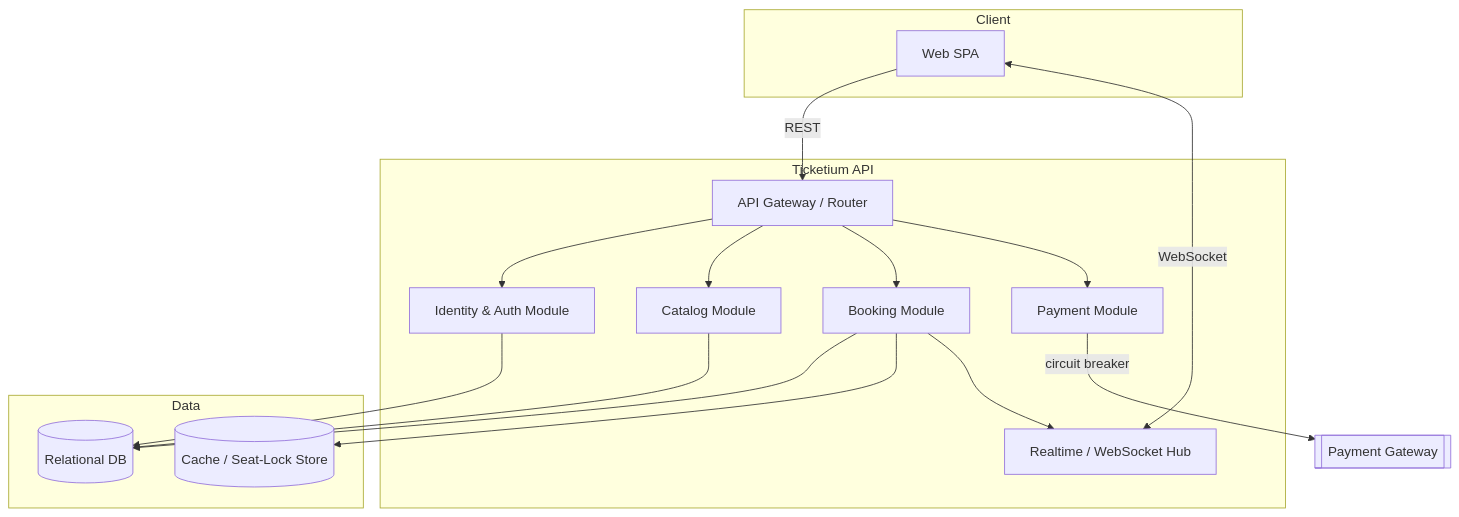
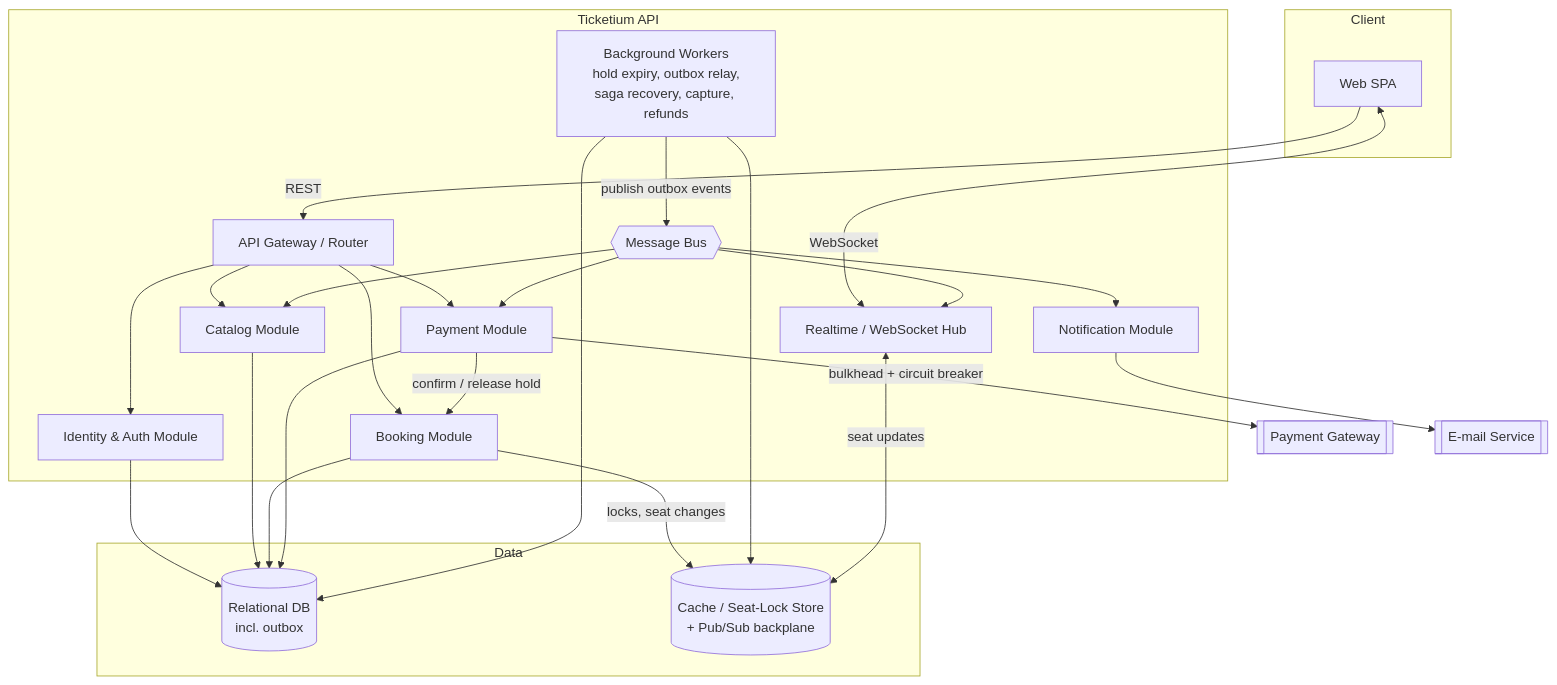
Before and after one commit to hrytsykvl/Ticketium: the second of 4 diagrams in docs/ARCHITECTURE.md, drawn with Mermaid. The commit also changed other lines of this file and 6 other files, not shown here.

````diff
--- a/docs/ARCHITECTURE.md
+++ b/docs/ARCHITECTURE.md
@@ -39,36 +45,51 @@
 ```mermaid
 graph TD
     subgraph Client
         SPA[Web SPA]
     end
 
     subgraph Backend[Ticketium API]
         Gateway2[API Gateway / Router]
         Auth[Identity &amp; Auth Module]
         Catalog[Catalog Module]
         Booking[Booking Module]
         Payment[Payment Module]
+        Notify[Notification Module]
         RT[Realtime / WebSocket Hub]
+        Workers[Background Workers<br/>hold expiry, outbox relay,<br/>saga recovery, capture, refunds]
+        Bus{{Message Bus}}
     end
 
     subgraph Data
-        DB[(Relational DB)]
-        Cache[(Cache / Seat-Lock Store)]
+        DB[(Relational DB<br/>incl. outbox)]
+        Cache[(Cache / Seat-Lock Store<br/>+ Pub/Sub backplane)]
     end
 
     PG[[Payment Gateway]]
+    Mail[[E-mail Service]]
 
     SPA -->|REST| Gateway2
     SPA <-->|WebSocket| RT
     Gateway2 --> Auth
     Gateway2 --> Catalog
     Gateway2 --> Booking
     Gateway2 --> Payment
 
     Auth --> DB
     Catalog --> DB
     Booking --> DB
-    Booking --> Cache
-    Booking --> RT
-    Payment -->|circuit breaker| PG
+    Booking -->|locks, seat changes| Cache
+    Payment -->|confirm / release hold| Booking
+    Payment --> DB
+    Payment -->|bulkhead + circuit breaker| PG
+
+    Workers --> DB
+    Workers --> Cache
+    Workers -->|publish outbox events| Bus
+    Bus --> Catalog
+    Bus --> Payment
+    Bus --> Notify
+    Bus --> RT
+    RT <-->|seat updates| Cache
+    Notify --> Mail
 ```
````
